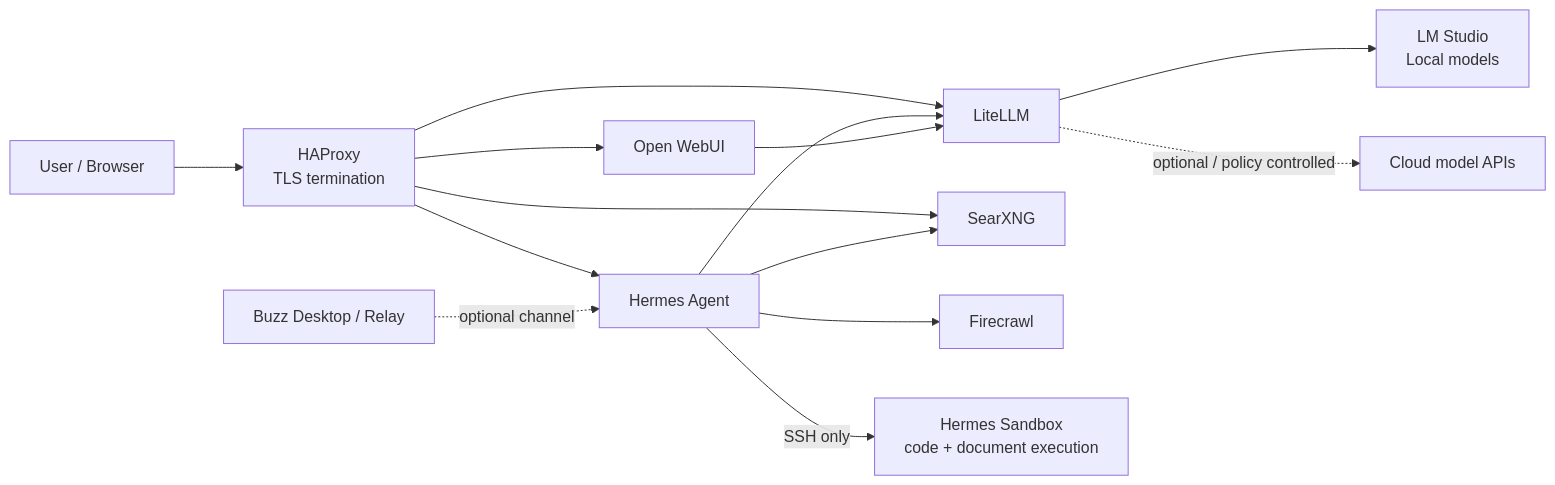
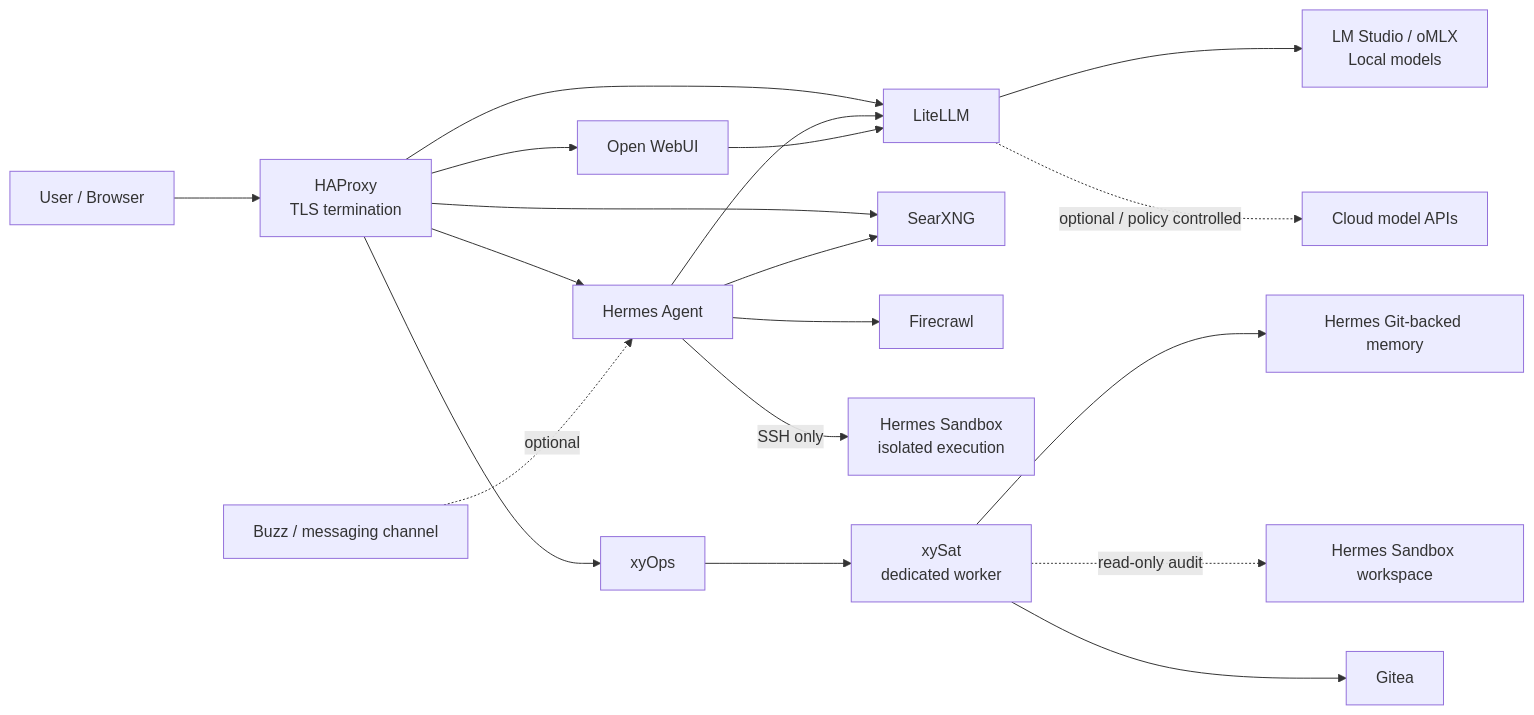
The first of 5 diagrams in README.md (ea1het/local_hybrid_ai), drawn with Mermaid before and after one commit. The commit also changed other lines of this file and 9 other files, not shown here.

Commit message:
Add xyOps scheduler and Hermes maintenance automation

````diff
--- a/README.md
+++ b/README.md
@@ -42,22 +44,27 @@
 ```mermaid
 flowchart LR
     U[User / Browser] --> HAP[HAProxy<br/>TLS termination]
 
     HAP --> OW[Open WebUI]
     HAP --> HA[Hermes Agent]
     HAP --> LL[LiteLLM]
     HAP --> SX[SearXNG]
+    HAP --> XO[xyOps]
 
     HA --> LL
     OW --> LL
 
-    LL --> LMS[LM Studio<br/>Local models]
+    LL --> LMS[LM Studio / oMLX<br/>Local models]
     LL -. optional / policy controlled .-> CLOUD[Cloud model APIs]
 
     HA --> SX
     HA --> FC[Firecrawl]
+    HA -->|SSH only| SB[Hermes Sandbox<br/>isolated execution]
 
-    HA -->|SSH only| SB[Hermes Sandbox<br/>code + document execution]
+    XO --> XS[xySat<br/>dedicated worker]
+    XS --> GM[Hermes Git-backed memory]
+    XS -. read-only audit .-> SW[Hermes Sandbox workspace]
+    XS --> G[Gitea]
 
-    BUZZ[Buzz Desktop / Relay] -. optional channel .-> HA
+    BUZZ[Buzz / messaging channel] -. optional .-> HA
 ```
````
